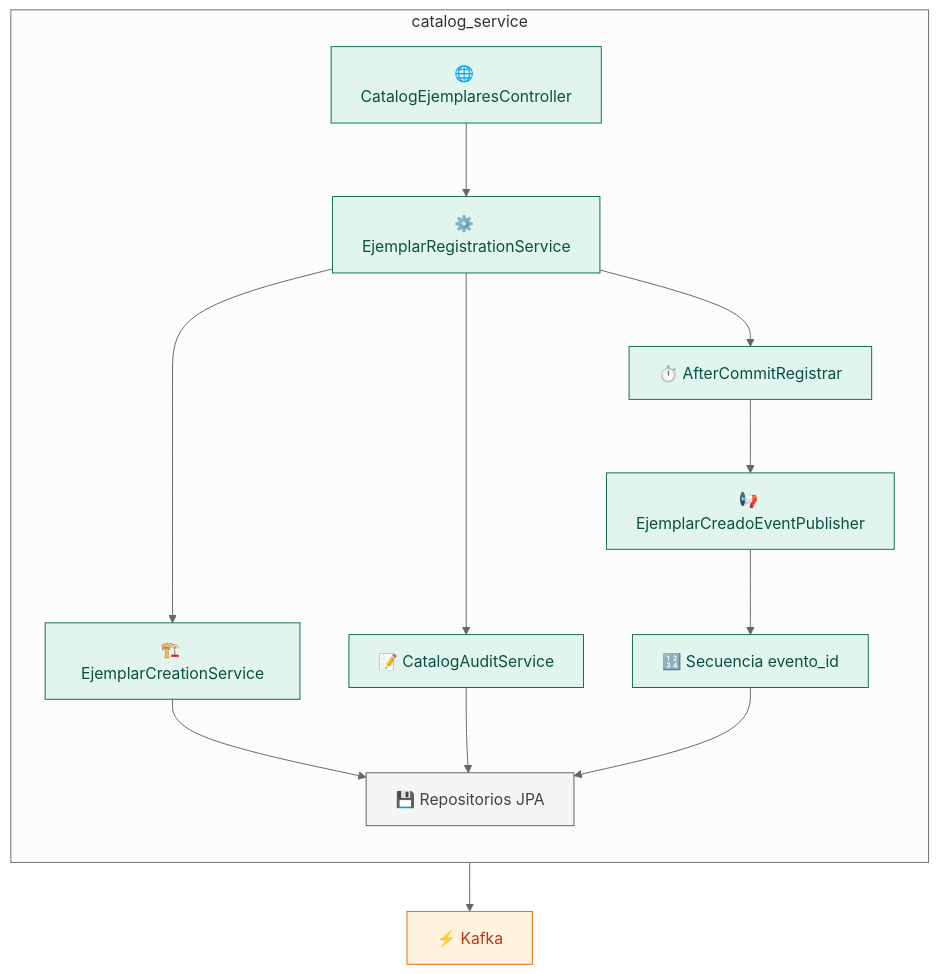
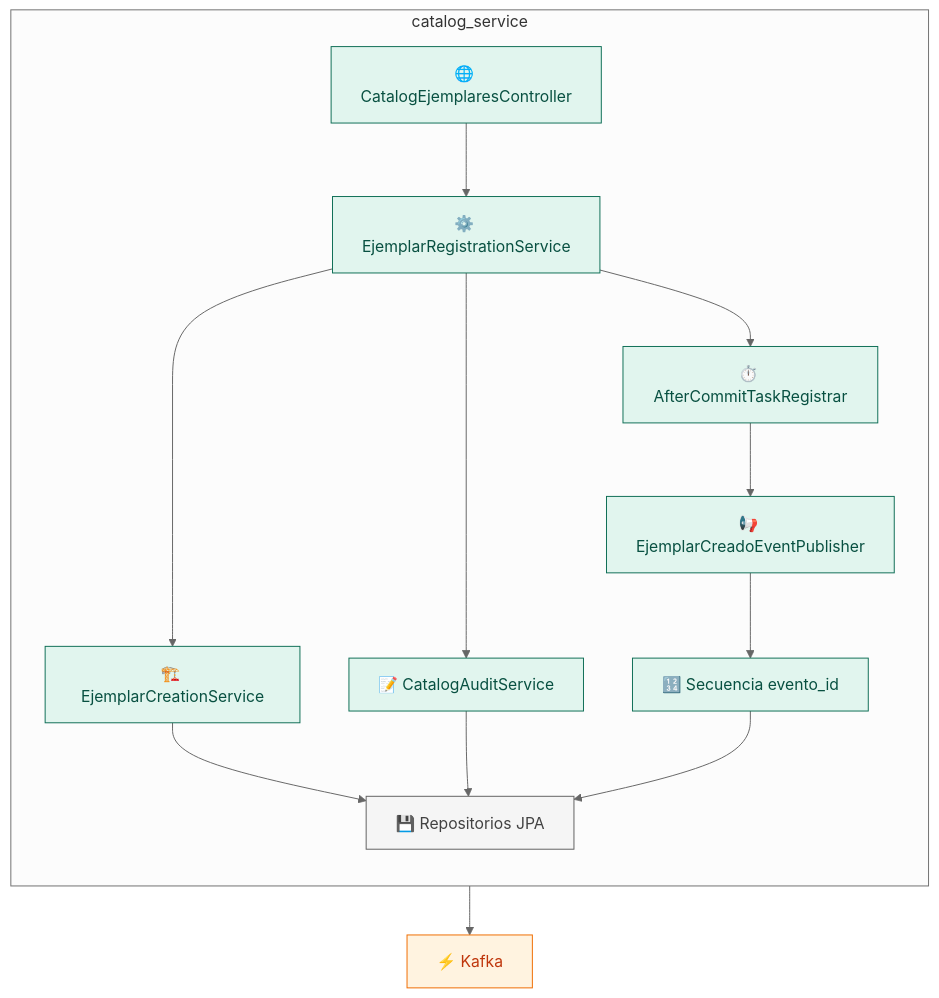
Before and after one commit to ldefrutos1/AI4Devs-finalproject: the sixth of 19 diagrams in readme.md, drawn with Mermaid (neutral theme). The commit also changed other lines of this file and 5 other files, not shown here.

````diff
--- a/readme.md
+++ b/readme.md
@@ -531,32 +535,32 @@
 ```mermaid
 flowchart TB
     classDef service fill:#E1F5EE,stroke:#0F6E56,stroke-width:1px,color:#085041;
     classDef repo fill:#F5F5F5,stroke:#616161,stroke-width:1px,color:#424242;
     classDef infra fill:#FFF3E0,stroke:#EF6C00,stroke-width:1px,color:#BF360C;
 
     KafkaBroker["⚡ Kafka"]:::infra
 
     subgraph catalogSvc [catalog_service]
         direction TB
         EjemplaresCtrl["🌐 CatalogEjemplaresController"]:::service
         EjemplarReg["⚙️ EjemplarRegistrationService"]:::service
         EjemplarCre["🏗️ EjemplarCreationService"]:::service
         CatAud["📝 CatalogAuditService"]:::service
-        AfterCommit["⏱️ AfterCommitRegistrar"]:::service
+        AfterCommit["⏱️ AfterCommitTaskRegistrar"]:::service
         KafkaPub["📢 EjemplarCreadoEventPublisher"]:::service
         EventoSeq["🔢 Secuencia evento_id"]:::service
         JpaRepos["💾 Repositorios JPA"]:::repo
 
         EjemplaresCtrl --> EjemplarReg
         EjemplarReg --> EjemplarCre
         EjemplarReg --> CatAud
         EjemplarReg --> AfterCommit
         AfterCommit --> KafkaPub
         KafkaPub --> EventoSeq
         EjemplarCre --> JpaRepos
         CatAud --> JpaRepos
         EventoSeq --> JpaRepos
     end
 
     KafkaPub --> KafkaBroker
 ```
````
